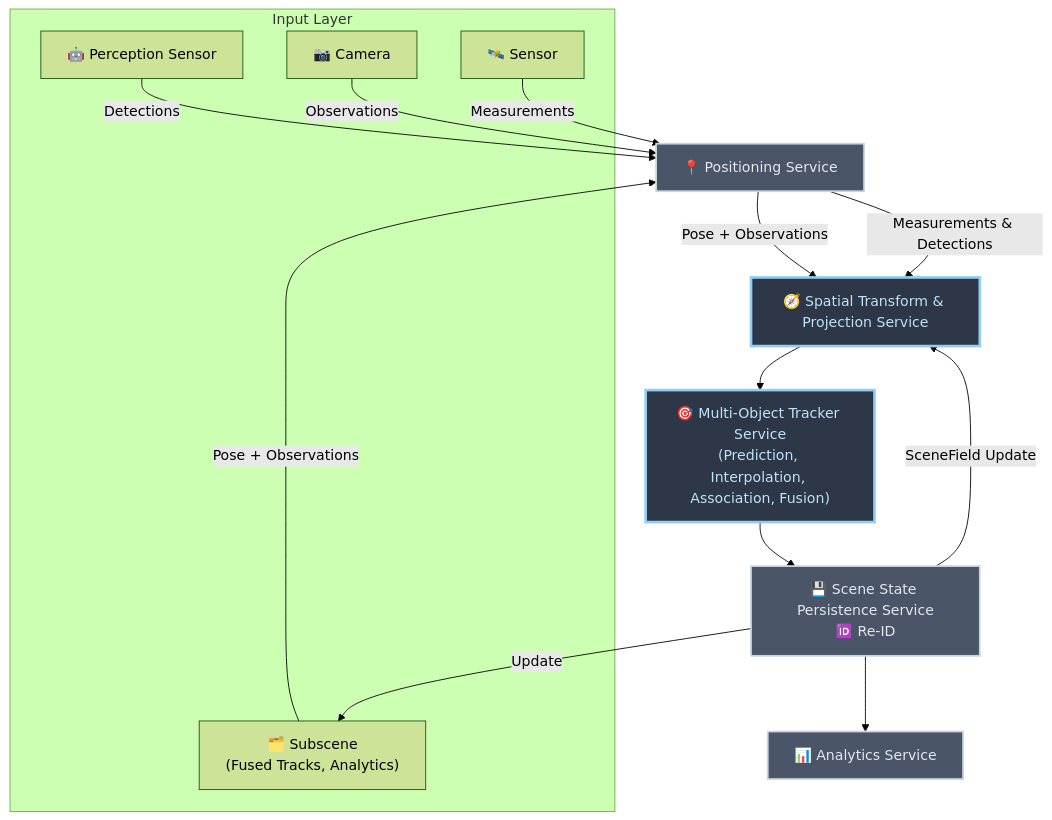
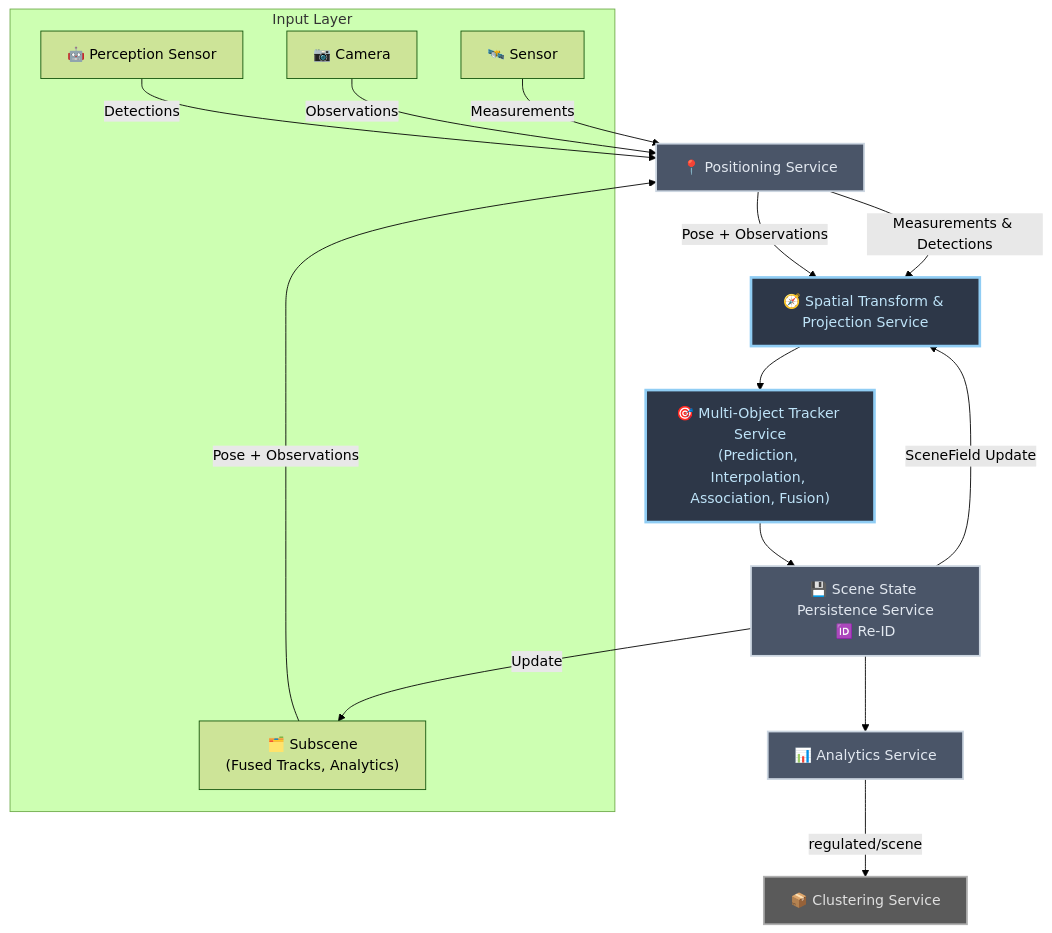
The second of 2 diagrams in docs/adr/0013-controller-breakdown-microservices.md (open-edge-platform/scenescape), drawn with Mermaid (forest theme) before and after one commit.

Commit message:
cluster analytics added to diagram

````diff
--- a/docs/adr/0013-controller-breakdown-microservices.md
+++ b/docs/adr/0013-controller-breakdown-microservices.md
@@ -156,38 +156,41 @@
 ```mermaid
 flowchart TD
   %% Data sources
   subgraph InputLayer["Input Layer"]
     PerceptionSensor["🤖 Perception Sensor"]
     Subscene["🗂️ Subscene<br/>(Fused Tracks, Analytics)"]
     Camera["📷 Camera"]
     Sensor["🛰️ Sensor"]
   end
 
   %% Services
   Positioning["📍 Positioning Service"]
   Transform["🧭 Spatial Transform &amp; Projection Service"]
   Tracker["🎯 Multi-Object Tracker Service<br/>(Prediction, Interpolation, Association, Fusion)"]
   Persistence["💾 Scene State Persistence Service<br/>🆔 Re-ID"]
   Analytics["📊 Analytics Service"]
+  Clustering["📦 Clustering Service"]
 
   Subscene -->|"Pose + Observations"| Positioning 
   Sensor -->|"Measurements"| Positioning 
   PerceptionSensor -->|"Detections"| Positioning 
   Camera -->|"Observations"| Positioning 
 
   Positioning -->|"Pose + Observations"| Transform
   Positioning -->|"Measurements & Detections"| Transform
 
   Transform --> Tracker
   Tracker --> Persistence
   Persistence -->|"SceneField Update"| Transform
   Persistence -->|"Update"| Subscene
 
   Persistence --> Analytics
+  Analytics -->|"regulated/scene"| Clustering
 
   style Tracker fill:#2d3748,stroke:#90cdf4,stroke-width:3px,color:#bee3f8
   style Transform fill:#2d3748,stroke:#90cdf4,stroke-width:3px,color:#bee3f8
   style Positioning fill:#4a5568,stroke:#cbd5e0,stroke-width:2px,color:#e2e8f0
   style Persistence fill:#4a5568,stroke:#cbd5e0,stroke-width:2px,color:#e2e8f0
   style Analytics fill:#4a5568,stroke:#cbd5e0,stroke-width:2px,color:#e2e8f0
+  style Clustering fill:#5a5a5a,stroke:#b0b0b0,stroke-width:2px,color:#e0e0e0
 ```
````
